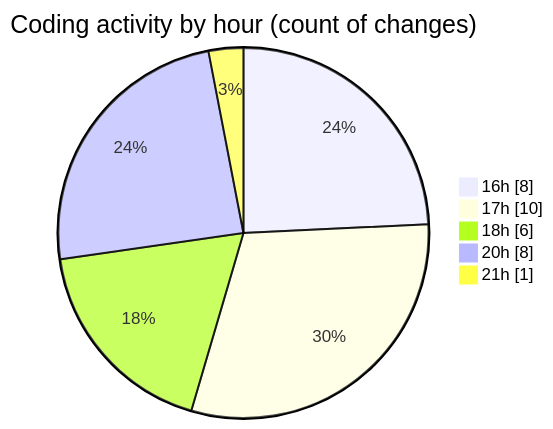
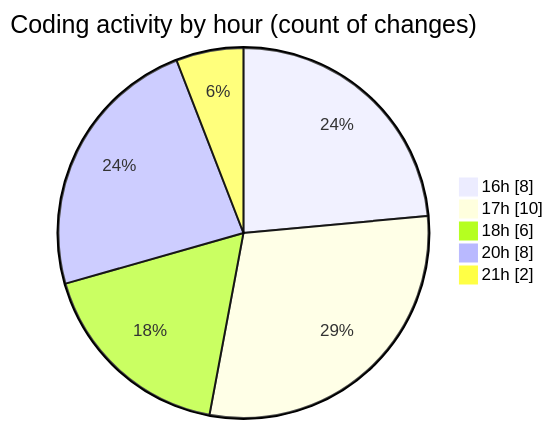
One commit to Elitesun/code-tracking changed the second of 2 diagrams in 2025-02-06/react_ecom/README.md. Above: the diagram before and after it, drawn with Mermaid. The commit also changed other lines of this file and 1 other file, not shown here.

````diff
--- a/2025-02-06/react_ecom/README.md
+++ b/2025-02-06/react_ecom/README.md
@@ -34,9 +34,9 @@
 ```mermaid
 pie showData
 title Coding activity by hour (count of changes)
 "16h" : 8
 "17h" : 10
 "18h" : 6
 "20h" : 8
-"21h" : 1
+"21h" : 2
 ```
````
